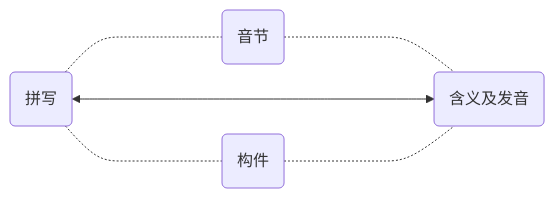
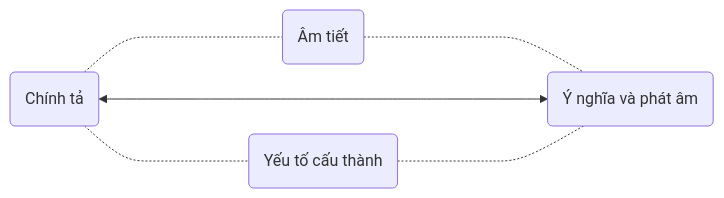
Before and after one commit to nthung2112/everyone-can-use-english: the first of 4 diagrams in 1000-hours/sounds-of-american-english/4-whats-next.md, drawn with Mermaid. The commit also changed other lines of this file and 20 other files, not shown here.

````diff
--- a/1000-hours/sounds-of-american-english/4-whats-next.md
+++ b/1000-hours/sounds-of-american-english/4-whats-next.md
@@ -9,6 +9,6 @@
 ```mermaid
 flowchart LR
-spellings(拼写)-...-phonetic-parts(音节)-...-sound&meaning(发音)
+spellings(Chính tả)-...-phonetic-parts(Âm tiết)-...-sound&meaning(Phát âm)
 spellings<-----> sound&meaning
-spellings(拼写)-...-semantic-parts(构件)-...-sound&meaning(含义及发音)
+spellings(Chính tả)-...-semantic-parts(Yếu tố cấu thành)-...-sound&meaning(Ý nghĩa và phát âm)
 ```
````
